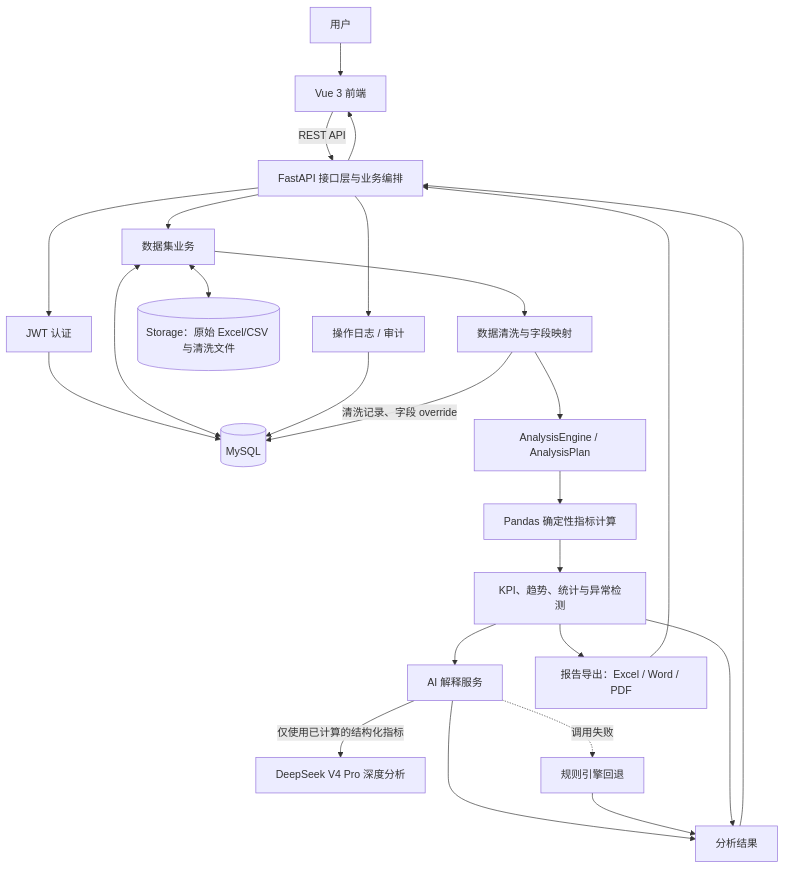
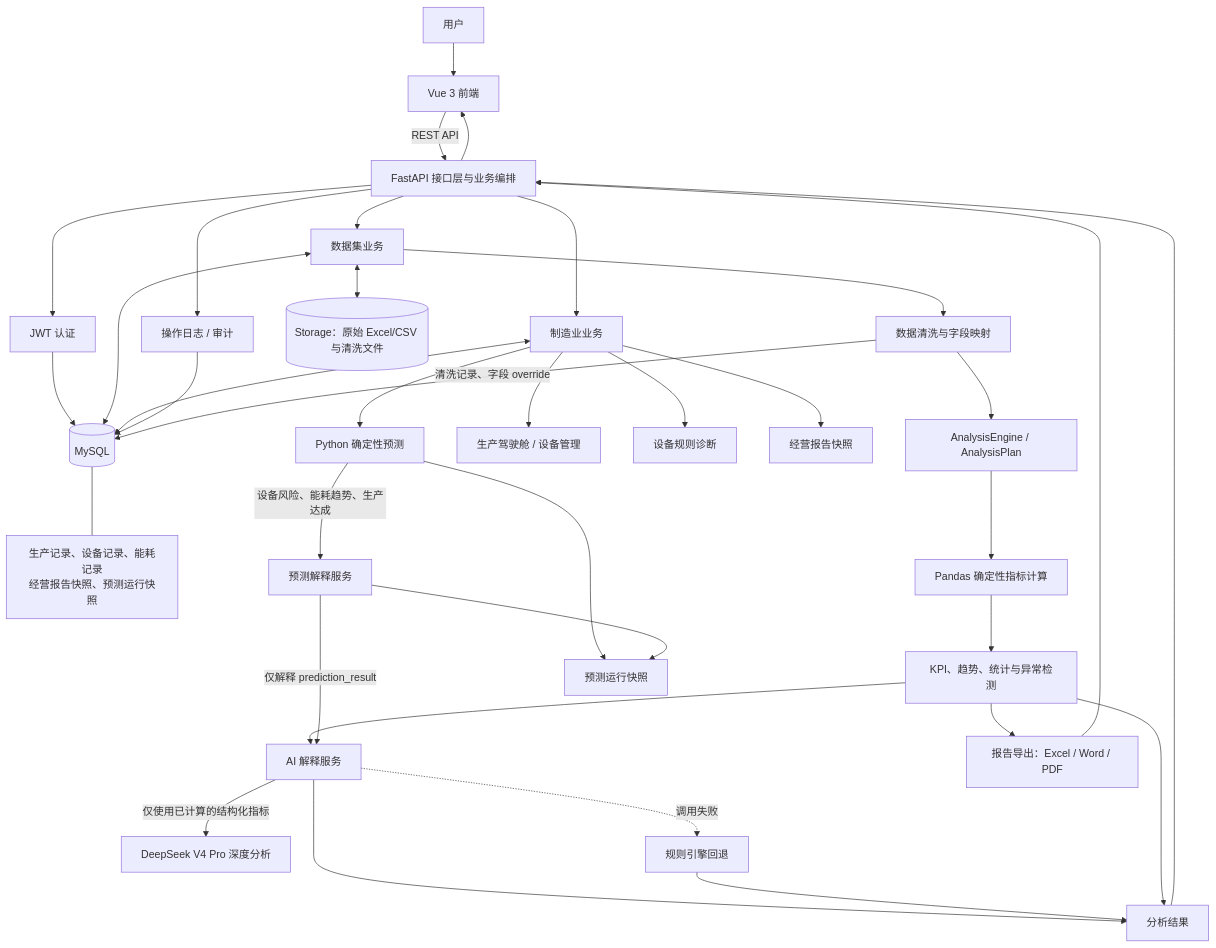
The diagram in README.md (ican0506/ai-business-data-analysis-assistant), drawn with Mermaid before and after one commit. The commit also changed other lines of this file, not shown here.

Commit message:
docs: update manufacturing prediction README

````diff
--- a/README.md
+++ b/README.md
@@ -27,31 +29,44 @@
 ```mermaid
 flowchart TD
   U[用户] --> V[Vue 3 前端]
   V -->|REST API| F[FastAPI 接口层与业务编排]
 
   F --> J[JWT 认证]
   F --> D[数据集业务]
+  F --> MF[制造业业务]
   F --> O[操作日志 / 审计]
   J --> M[(MySQL)]
   D <--> M
+  MF <--> M
   O --> M
+
+  M --- MT[生产记录、设备记录、能耗记录<br/>经营报告快照、预测运行快照]
 
   D <--> S[(Storage：原始 Excel/CSV 与清洗文件)]
   D --> C[数据清洗与字段映射]
   C -->|清洗记录、字段 override| M
   C --> E[AnalysisEngine / AnalysisPlan]
   E --> P[Pandas 确定性指标计算]
   P --> K[KPI、趋势、统计与异常检测]
 
   K --> A[AI 解释服务]
   A -->|仅使用已计算的结构化指标| DS[DeepSeek V4 Pro 深度分析]
   A -. 调用失败 .-> RF[规则引擎回退]
   K --> R[报告导出：Excel / Word / PDF]
 
+  MF --> MD[生产驾驶舱 / 设备管理]
+  MF --> ED[设备规则诊断]
+  MF --> BP[经营报告快照]
+  MF --> FP[Python 确定性预测]
+  FP -->|设备风险、能耗趋势、生产达成| PE[预测解释服务]
+  PE -->|仅解释 prediction_result| A
+  FP --> PR[预测运行快照]
+  PE --> PR
+
   A --> X[分析结果]
   RF --> X
   K --> X
   X --> F
   R --> F
   F --> V
 ```
````
